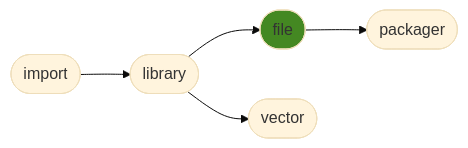
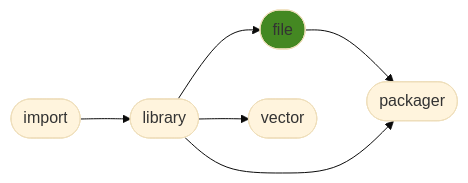
The diagram in README.md (ManderaGeneral/generalfile), drawn with Mermaid (base theme) before and after one commit. The commit also changed other lines of this file, not shown here.

Commit message:
[CI AUTO] Sync triggered by generalfile

````diff
--- a/README.md
+++ b/README.md
@@ -16,13 +16,14 @@
 ```mermaid
 flowchart LR
+2([file]) --> 4([packager])
 1([library]) --> 3([vector])
-2([import]) --> 1([library])
-0([file]) --> 4([packager])
-1([library]) --> 0([file])
-click 0 "https://github.com/ManderaGeneral/generalfile"
+1([library]) --> 2([file])
+1([library]) --> 4([packager])
+0([import]) --> 1([library])
+click 0 "https://github.com/ManderaGeneral/generalimport"
 click 1 "https://github.com/ManderaGeneral/generallibrary"
-click 2 "https://github.com/ManderaGeneral/generalimport"
+click 2 "https://github.com/ManderaGeneral/generalfile"
 click 3 "https://github.com/ManderaGeneral/generalvector"
 click 4 "https://github.com/ManderaGeneral/generalpackager"
-style 0 fill:#482
+style 2 fill:#482
 ```
````
